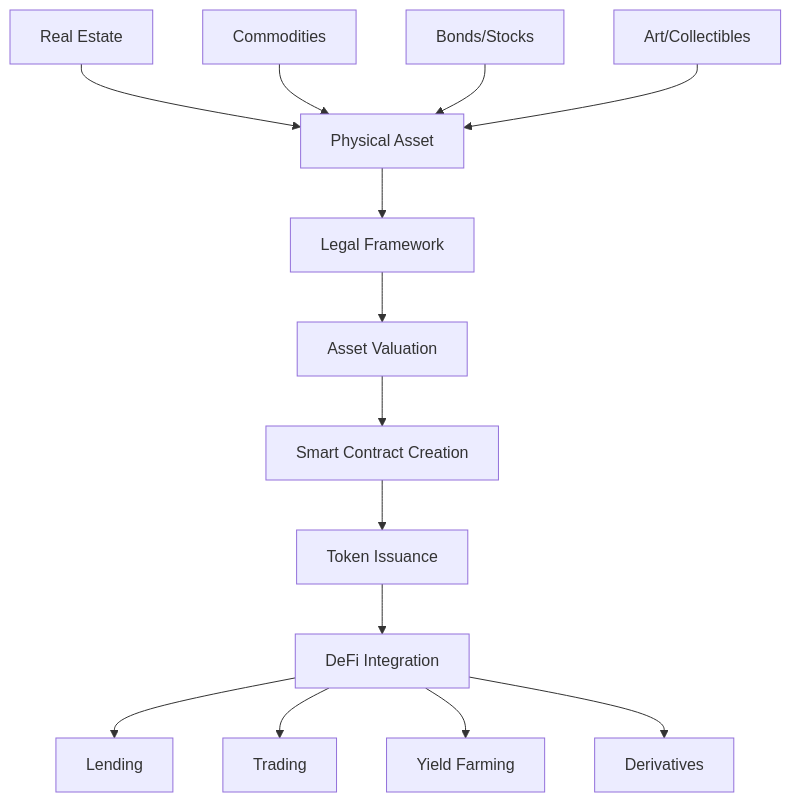
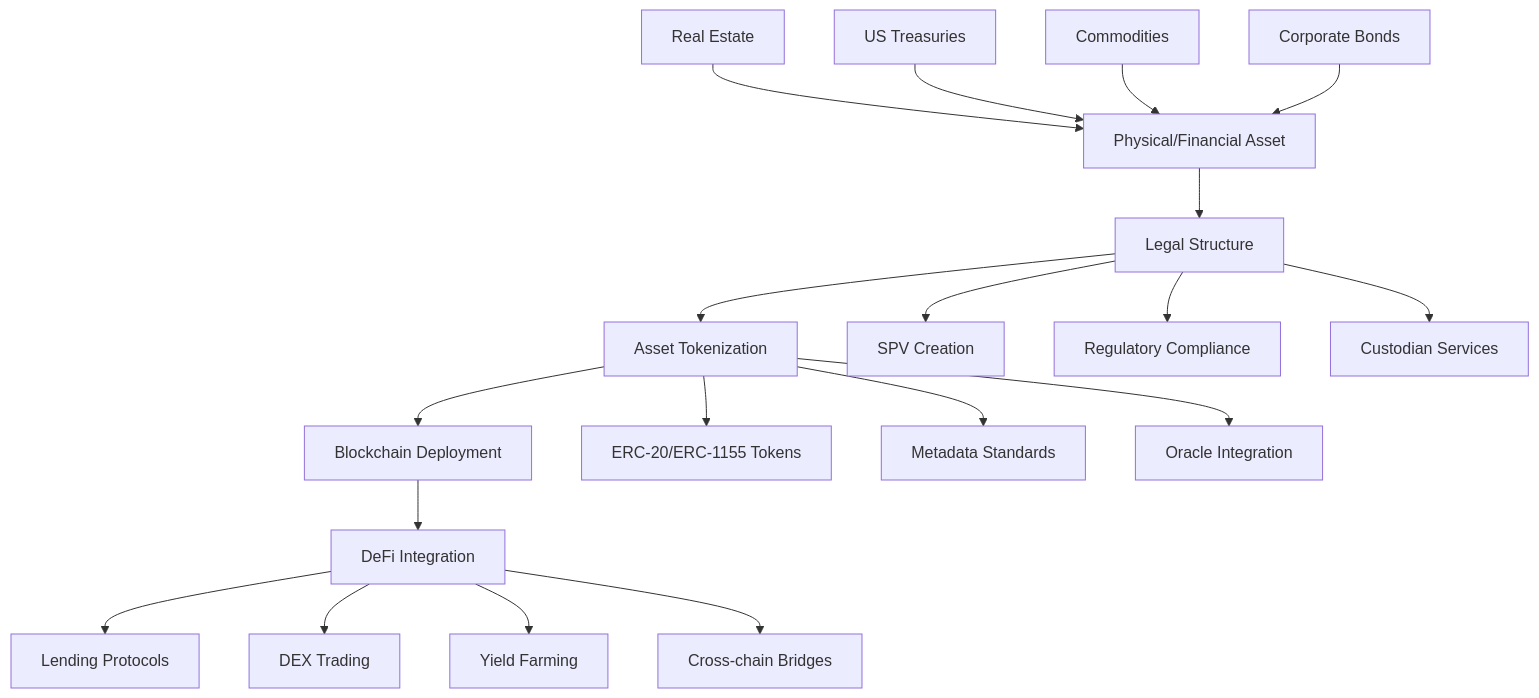
Before and after one commit to boringman21/pg-blockchain: the diagram in 02-Technologies/11-Real-World-Assets-Tokenization.md, drawn with Mermaid. The commit also changed other lines of this file and 19 other files, not shown here.

````diff
--- a/02-Technologies/11-Real-World-Assets-Tokenization.md
+++ b/02-Technologies/11-Real-World-Assets-Tokenization.md
@@ -9,18 +59,25 @@
 ```mermaid
 graph TB
-    A[Physical Asset] --> B[Legal Framework]
-    B --> C[Asset Valuation]
-    C --> D[Smart Contract Creation]
-    D --> E[Token Issuance]
-    E --> F[DeFi Integration]
+    A[Physical/Financial Asset] --> B[Legal Structure]
+    B --> C[Asset Tokenization]
+    C --> D[Blockchain Deployment]
+    D --> E[DeFi Integration]
     
-    G[Real Estate] --> A
+    F[Real Estate] --> A
+    G[US Treasuries] --> A
     H[Commodities] --> A
-    I[Bonds/Stocks] --> A
-    J[Art/Collectibles] --> A
+    I[Corporate Bonds] --> A
     
-    F --> K[Lending]
-    F --> L[Trading]
-    F --> M[Yield Farming]
-    F --> N[Derivatives]
+    B --> B1[SPV Creation]
+    B --> B2[Regulatory Compliance]
+    B --> B3[Custodian Services]
+    
+    C --> C1[ERC-20/ERC-1155 Tokens]
+    C --> C2[Metadata Standards]
+    C --> C3[Oracle Integration]
+    
+    E --> E1[Lending Protocols]
+    E --> E2[DEX Trading]
+    E --> E3[Yield Farming]
+    E --> E4[Cross-chain Bridges]
 ```
````
